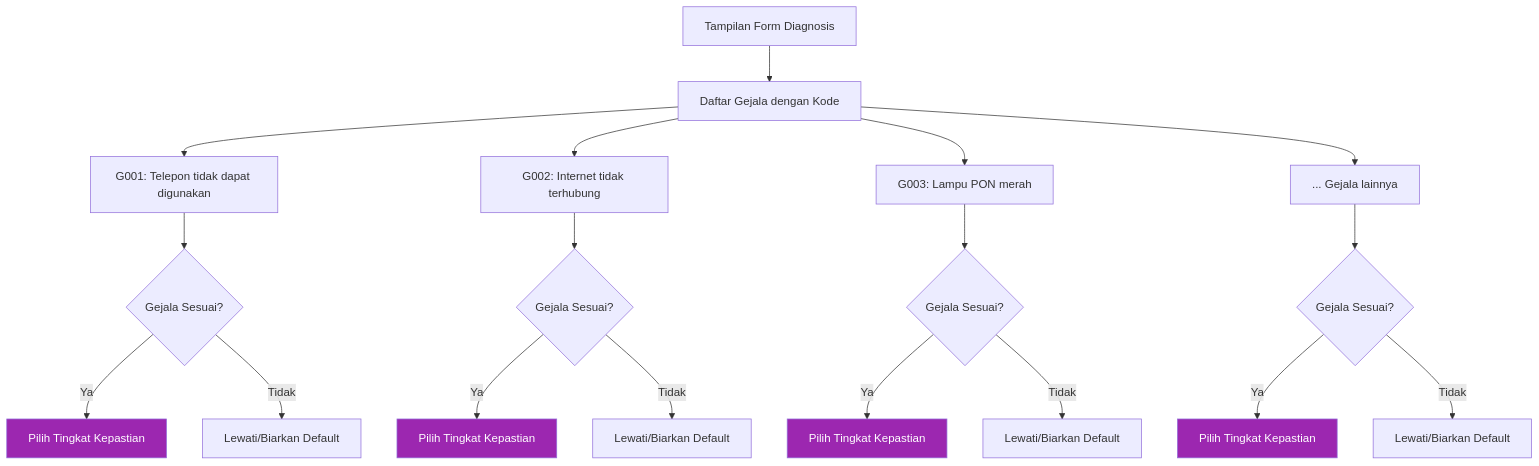
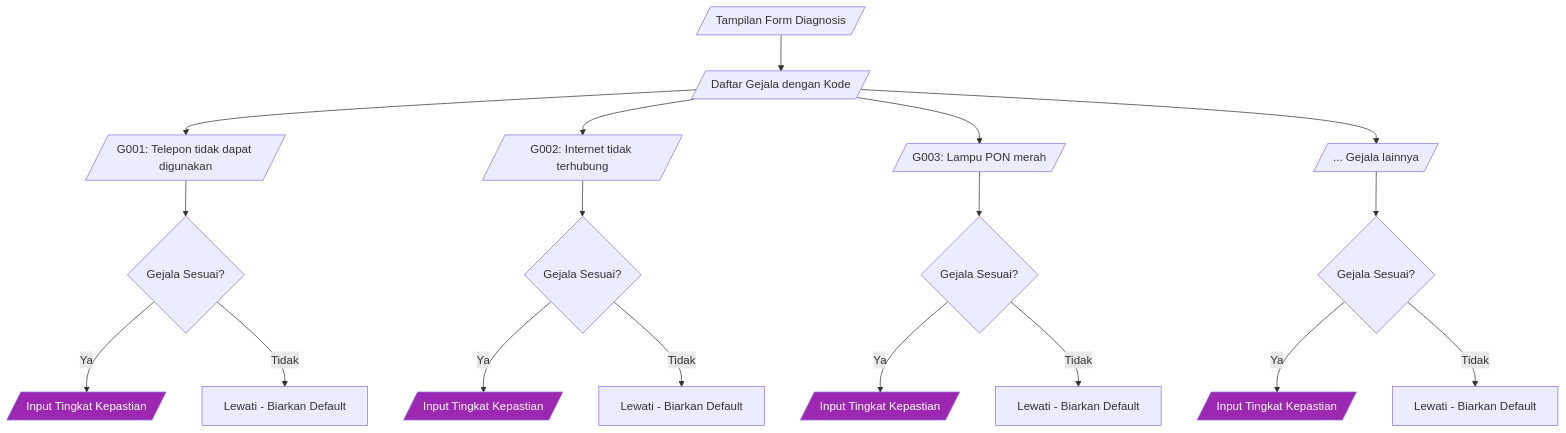
The fourth of 11 diagrams in docs/USER_MANUAL.md (GalangPutraMaulana19/DigNet-BUG), drawn with Mermaid before and after one commit. The commit also changed other lines of this file, not shown here.

Commit message:
Fix flowchart symbols to use standard shapes (parallelogram for I/O, stadium for terminator, etc.)

````diff
--- a/docs/USER_MANUAL.md
+++ b/docs/USER_MANUAL.md
@@ -168,29 +181,29 @@
 ```mermaid
 flowchart TD
-    Form[Tampilan Form Diagnosis] --> List[Daftar Gejala dengan Kode]
+    Form[/Tampilan Form Diagnosis/] --> List[/Daftar Gejala dengan Kode/]
     
-    List --> G1["G001: Telepon tidak dapat digunakan"]
-    List --> G2["G002: Internet tidak terhubung"]
-    List --> G3["G003: Lampu PON merah"]
-    List --> GN["... Gejala lainnya"]
+    List --> G1[/"G001: Telepon tidak dapat digunakan"/]
+    List --> G2[/"G002: Internet tidak terhubung"/]
+    List --> G3[/"G003: Lampu PON merah"/]
+    List --> GN[/"... Gejala lainnya"/]
     
     G1 --> Select1{Gejala Sesuai?}
     G2 --> Select2{Gejala Sesuai?}
     G3 --> Select3{Gejala Sesuai?}
     GN --> SelectN{Gejala Sesuai?}
     
-    Select1 -->|Ya| Input1[Pilih Tingkat Kepastian]
-    Select2 -->|Ya| Input2[Pilih Tingkat Kepastian]
-    Select3 -->|Ya| Input3[Pilih Tingkat Kepastian]
-    SelectN -->|Ya| InputN[Pilih Tingkat Kepastian]
+    Select1 -->|Ya| Input1[/Input Tingkat Kepastian/]
+    Select2 -->|Ya| Input2[/Input Tingkat Kepastian/]
+    Select3 -->|Ya| Input3[/Input Tingkat Kepastian/]
+    SelectN -->|Ya| InputN[/Input Tingkat Kepastian/]
     
-    Select1 -->|Tidak| Skip1[Lewati/Biarkan Default]
-    Select2 -->|Tidak| Skip2[Lewati/Biarkan Default]
-    Select3 -->|Tidak| Skip3[Lewati/Biarkan Default]
-    SelectN -->|Tidak| SkipN[Lewati/Biarkan Default]
+    Select1 -->|Tidak| Skip1[Lewati - Biarkan Default]
+    Select2 -->|Tidak| Skip2[Lewati - Biarkan Default]
+    Select3 -->|Tidak| Skip3[Lewati - Biarkan Default]
+    SelectN -->|Tidak| SkipN[Lewati - Biarkan Default]
     
     style Input1 fill:#9c27b0,color:#fff
     style Input2 fill:#9c27b0,color:#fff
     style Input3 fill:#9c27b0,color:#fff
     style InputN fill:#9c27b0,color:#fff
 ```
````
